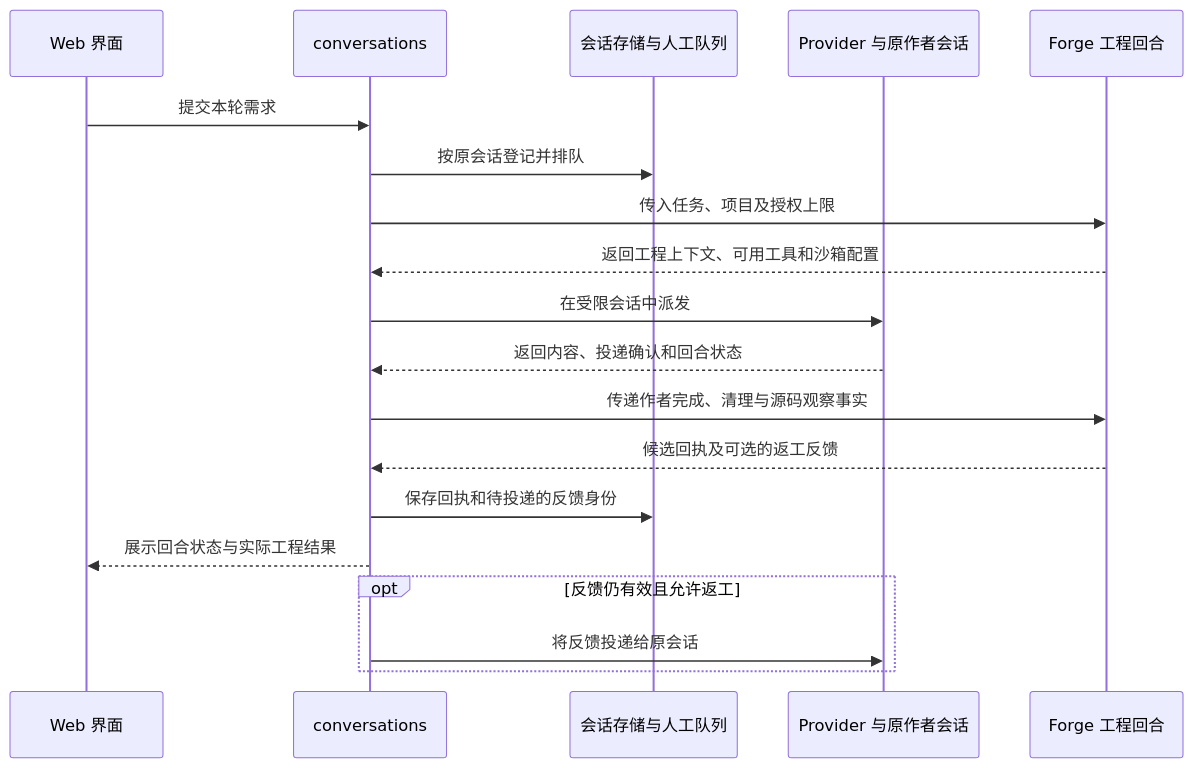
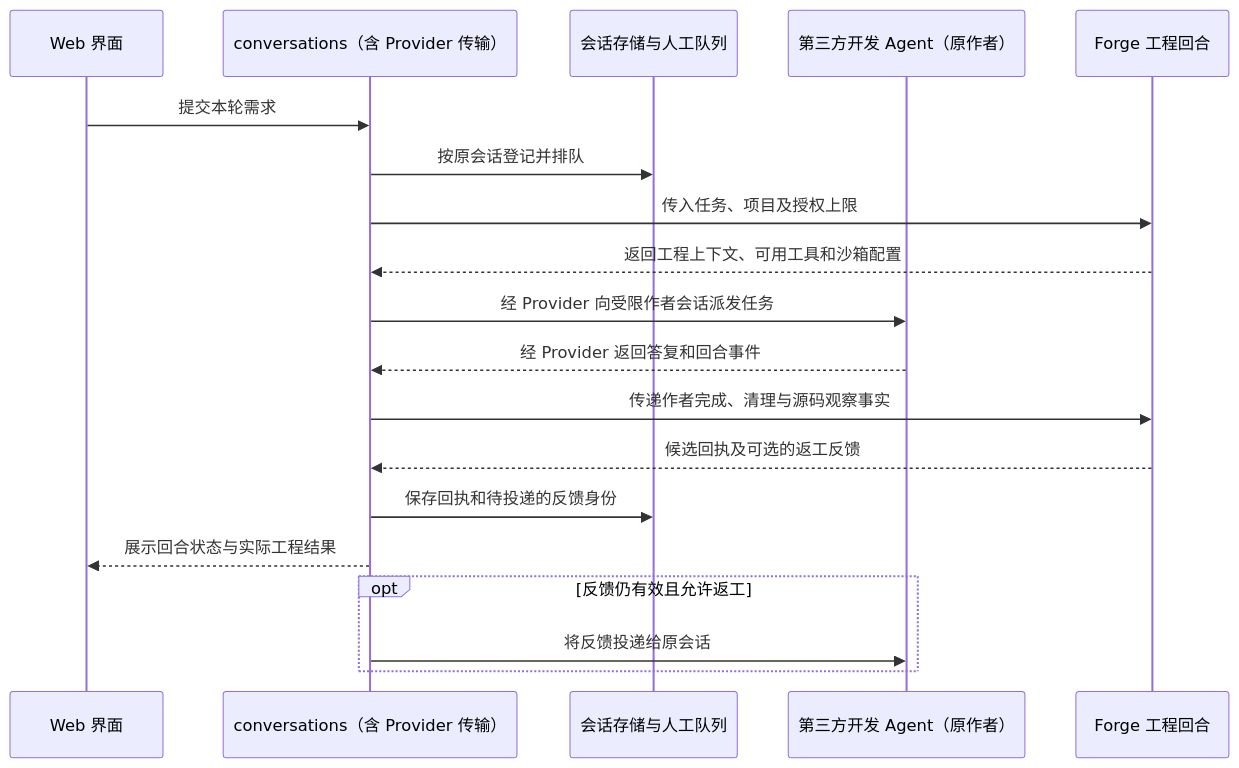
Before and after one commit to vincent9299/demiflow: the seventh of 14 diagrams in docs/demiflow-architecture.md, drawn with Mermaid. The commit also changed other lines of this file, not shown here.

Commit message:
Show the third-party coding agent as the Pipeline author

````diff
--- a/docs/demiflow-architecture.md
+++ b/docs/demiflow-architecture.md
@@ -263,21 +280,21 @@
 ```mermaid
 sequenceDiagram
     participant U as Web 界面
-    participant C as conversations
+    participant C as conversations（含 Provider 传输）
     participant DB as 会话存储与人工队列
-    participant A as Provider 与原作者会话
+    participant A as 第三方开发 Agent（原作者）
     participant F as Forge 工程回合
     U->>C: 提交本轮需求
     C->>DB: 按原会话登记并排队
     C->>F: 传入任务、项目及授权上限
     F-->>C: 返回工程上下文、可用工具和沙箱配置
-    C->>A: 在受限会话中派发
-    A-->>C: 返回内容、投递确认和回合状态
+    C->>A: 经 Provider 向受限作者会话派发任务
+    A-->>C: 经 Provider 返回答复和回合事件
     C->>F: 传递作者完成、清理与源码观察事实
     F-->>C: 候选回执及可选的返工反馈
     C->>DB: 保存回执和待投递的反馈身份
     C-->>U: 展示回合状态与实际工程结果
     opt 反馈仍有效且允许返工
         C->>A: 将反馈投递给原会话
     end
 ```
````
